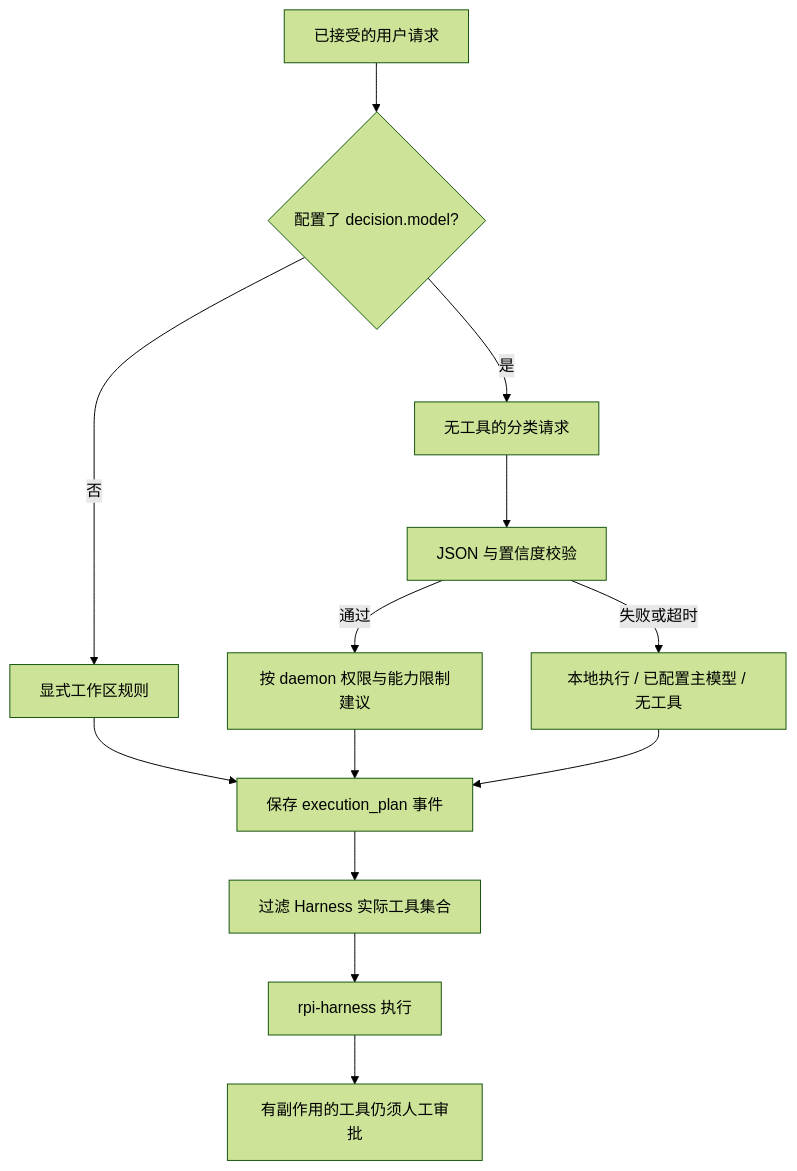
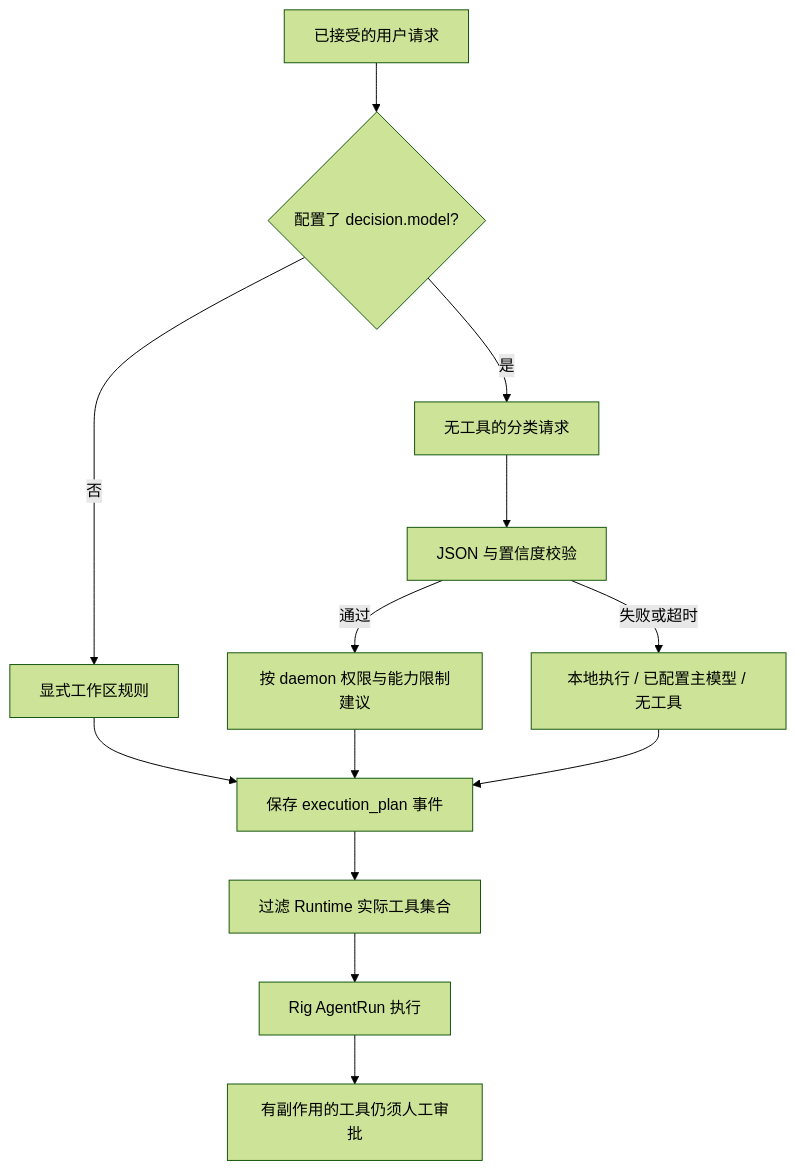
The second of 2 diagrams in docs/zh/src/models.md (lyonbrown4d/lyonbrown), drawn with Mermaid (forest theme) before and after one commit. The commit also changed other lines of this file and 149 other files, not shown here.

````diff
--- a/docs/zh/src/models.md
+++ b/docs/zh/src/models.md
@@ -70,15 +70,15 @@
 ```mermaid
 flowchart TB
     Input[已接受的用户请求] --> Select{配置了 decision.model?}
     Select -->|否| Rule[显式工作区规则]
     Select -->|是| Classify[无工具的分类请求]
     Classify --> Validate[JSON 与置信度校验]
     Validate -->|通过| Clamp[按 daemon 权限与能力限制建议]
     Validate -->|失败或超时| Fallback[本地执行 / 已配置主模型 / 无工具]
     Rule --> Persist[保存 execution_plan 事件]
     Clamp --> Persist
     Fallback --> Persist
-    Persist --> Filter[过滤 Harness 实际工具集合]
-    Filter --> Run[rpi-harness 执行]
+    Persist --> Filter[过滤 Runtime 实际工具集合]
+    Filter --> Run[Rig AgentRun 执行]
     Run --> Approval[有副作用的工具仍须人工审批]
 ```
````
